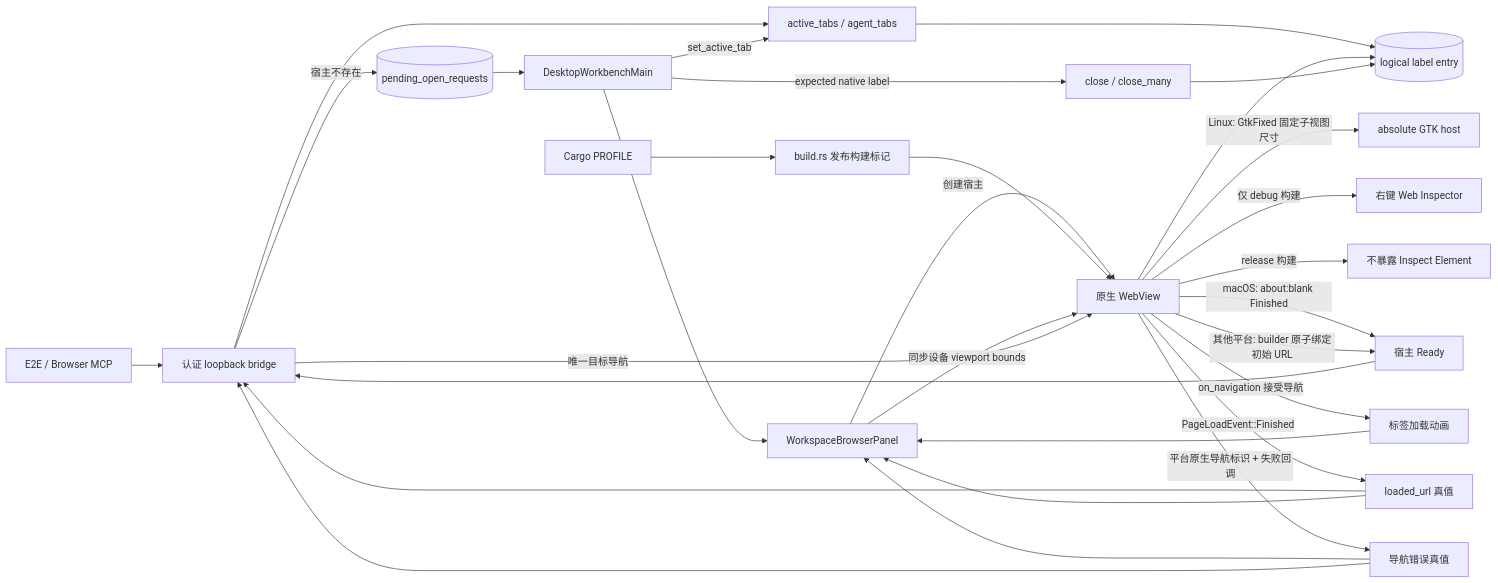
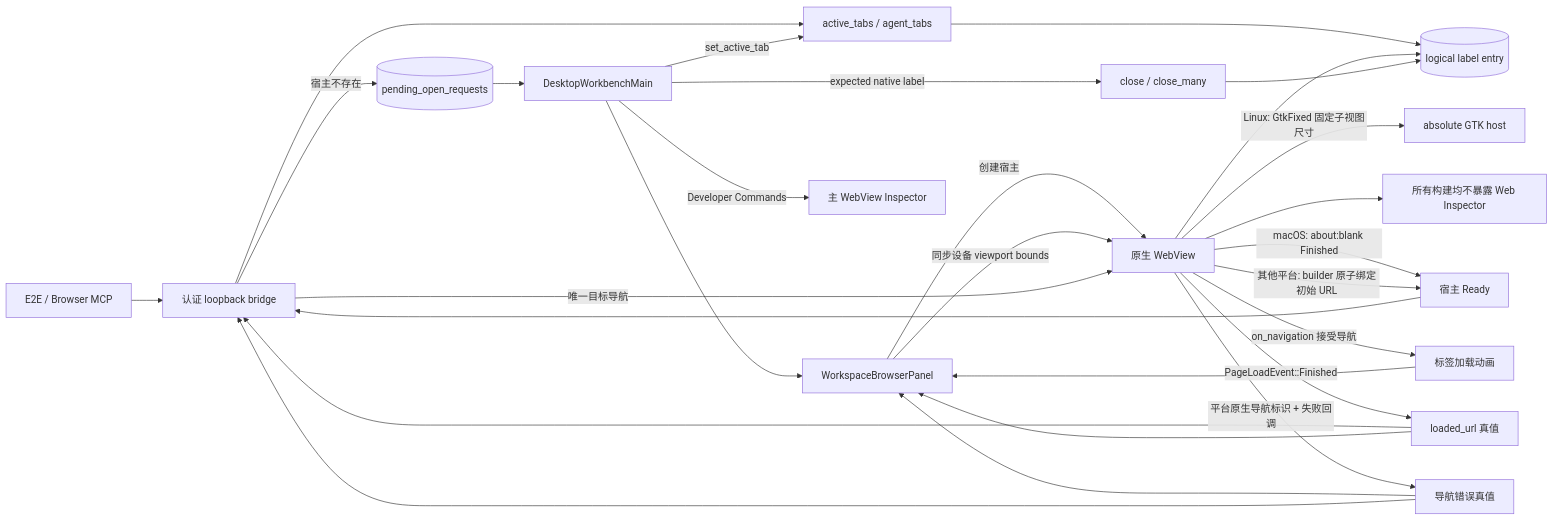
One commit to wecode-ai/Wegent changed the first of 2 diagrams in docs/zh/architecture/embedded-browser.md. Above: the diagram before and after it, drawn with Mermaid. The commit also changed other lines of this file and 6 other files, not shown here.

````diff
--- a/docs/zh/architecture/embedded-browser.md
+++ b/docs/zh/architecture/embedded-browser.md
@@ -9,32 +9,30 @@
 ```mermaid
 flowchart LR
     CALLER[E2E / Browser MCP] --> BRIDGE[认证 loopback bridge]
     BRIDGE --> ROUTE[active_tabs / agent_tabs]
     ROUTE --> ENTRY[(logical label entry)]
     BRIDGE -->|宿主不存在| PENDING[(pending_open_requests)]
     PENDING --> MAIN[DesktopWorkbenchMain]
     MAIN --> PANEL[WorkspaceBrowserPanel]
     PANEL -->|创建宿主| WEBVIEW[原生 WebView]
-    PROFILE[Cargo PROFILE] --> BUILD[build.rs 发布构建标记]
-    BUILD --> WEBVIEW
     PANEL -->|同步设备 viewport bounds| WEBVIEW
     WEBVIEW -->|Linux: GtkFixed 固定子视图尺寸| LINUX_HOST[absolute GTK host]
     WEBVIEW --> ENTRY
-    WEBVIEW -->|仅 debug 构建| INSPECTOR[右键 Web Inspector]
-    WEBVIEW -->|release 构建| NOINSPECTOR[不暴露 Inspect Element]
+    WEBVIEW --> NOINSPECTOR[所有构建均不暴露 Web Inspector]
+    MAIN -->|Developer Commands| MAIN_INSPECTOR[主 WebView Inspector]
     WEBVIEW -->|macOS: about:blank Finished| READY[宿主 Ready]
     WEBVIEW -->|其他平台: builder 原子绑定初始 URL| READY
     READY --> BRIDGE
     BRIDGE -->|唯一目标导航| WEBVIEW
     WEBVIEW -->|on_navigation 接受导航| LOADING[标签加载动画]
     LOADING --> PANEL
     WEBVIEW -->|PageLoadEvent::Finished| LOADED[loaded_url 真值]
     WEBVIEW -->|平台原生导航标识 + 失败回调| FAILED[导航错误真值]
     LOADED --> BRIDGE
     LOADED --> PANEL
     FAILED --> PANEL
     FAILED --> BRIDGE
     MAIN -->|set_active_tab| ROUTE
     MAIN -->|expected native label| CLOSE[close / close_many]
     CLOSE --> ENTRY
 ```
````
